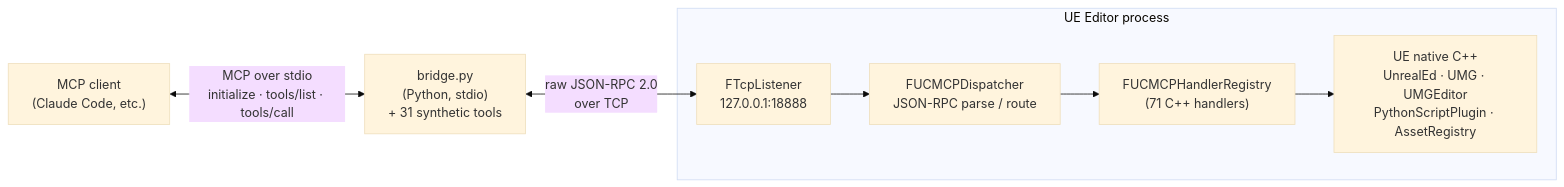
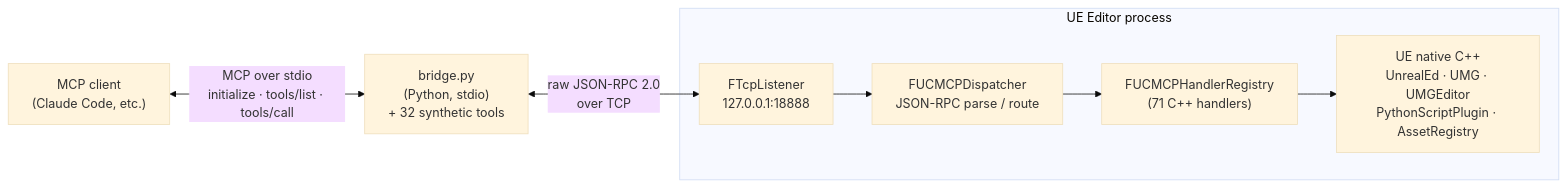
Before and after one commit to daveCode-dot/UnrealClaudeMCP: the first of 2 diagrams in docs/ARCHITECTURE.md, drawn with Mermaid (base theme). The commit also changed 12 other files, not shown here.

First line of the commit message:
feat(bridge): synthetic convert_hdri_to_cubemap (closes 23rd-note HDRI cubemap parked item) (#192)

````diff
--- a/docs/ARCHITECTURE.md
+++ b/docs/ARCHITECTURE.md
@@ -5,18 +5,18 @@
 ```mermaid
 flowchart LR
     Client["MCP client<br/>(Claude Code, etc.)"]
-    Bridge["bridge.py<br/>(Python, stdio)<br/>+ 31 synthetic tools"]
+    Bridge["bridge.py<br/>(Python, stdio)<br/>+ 32 synthetic tools"]
 
     subgraph UE["UE Editor process"]
         TCP["FTcpListener<br/>127.0.0.1:18888"]
         Disp["FUCMCPDispatcher<br/>JSON-RPC parse / route"]
         Reg["FUCMCPHandlerRegistry<br/>(71 C++ handlers)"]
         Native["UE native C++<br/>UnrealEd · UMG · UMGEditor<br/>PythonScriptPlugin · AssetRegistry"]
     end
 
     Client <-->|"MCP over stdio<br/>initialize · tools/list · tools/call"| Bridge
     Bridge <-->|"raw JSON-RPC 2.0<br/>over TCP"| TCP
     TCP --> Disp
     Disp --> Reg
     Reg --> Native
 ```
````
